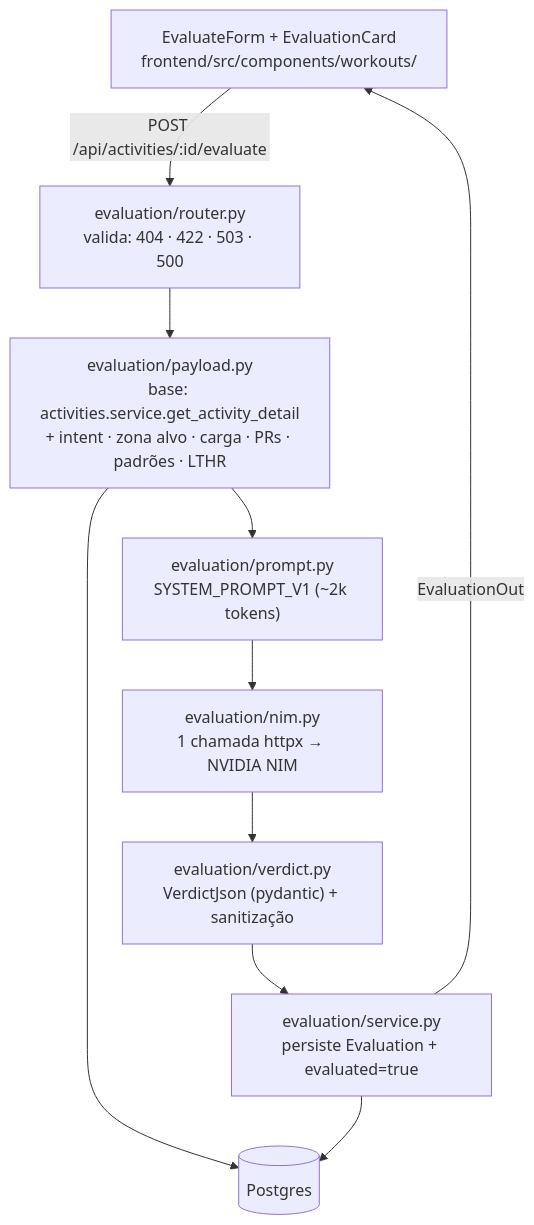
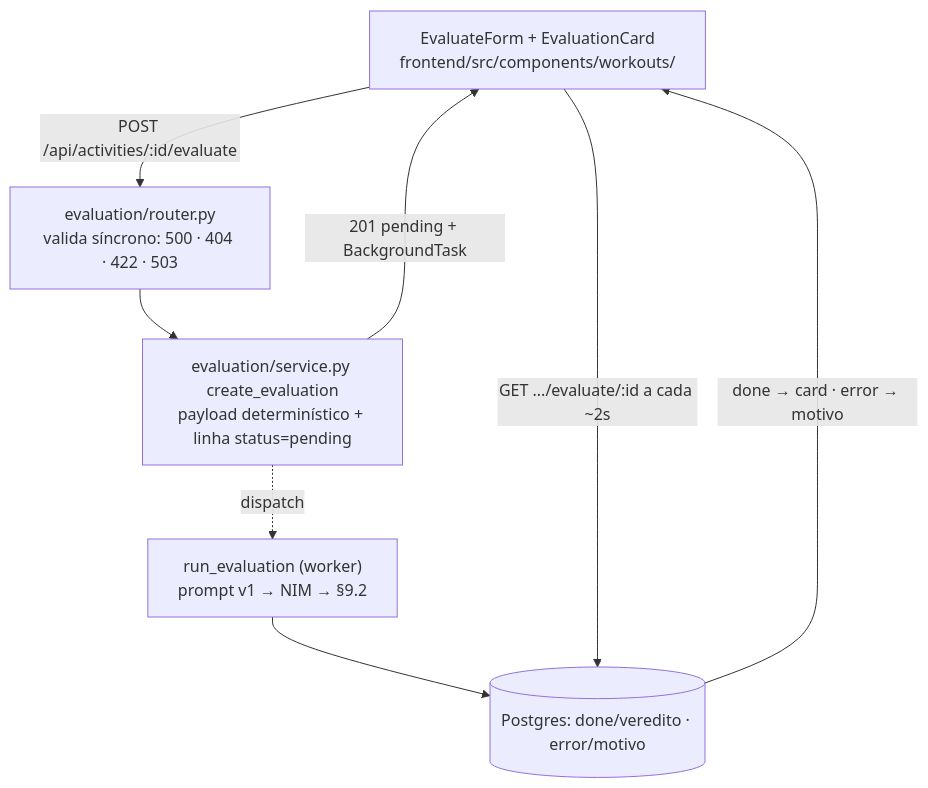
Before and after one commit to leonardocroda/ritmo: the diagram in .specs/features/ai-evaluation/design.md, drawn with Mermaid. The commit also changed other lines of this file and 2 other files, not shown here.

Commit message:
docs(specs): amend evaluation spec for async job flow

````diff
--- a/.specs/features/ai-evaluation/design.md
+++ b/.specs/features/ai-evaluation/design.md
@@ -19,12 +19,10 @@
 ```mermaid
 graph TD
-    UI[EvaluateForm + EvaluationCard<br/>frontend/src/components/workouts/] -->|POST /api/activities/:id/evaluate| R["evaluation/router.py<br/>valida: 404 · 422 · 503 · 500"]
-    R --> P["evaluation/payload.py<br/>base: activities.service.get_activity_detail<br/>+ intent · zona alvo · carga · PRs · padrões · LTHR"]
-    P --> PR["evaluation/prompt.py<br/>SYSTEM_PROMPT_V1 (~2k tokens)"]
-    PR --> N["evaluation/nim.py<br/>1 chamada httpx → NVIDIA NIM"]
-    N --> V["evaluation/verdict.py<br/>VerdictJson (pydantic) + sanitização"]
-    V --> S["evaluation/service.py<br/>persiste Evaluation + evaluated=true"]
-    S -->|EvaluationOut| UI
-    P --> DB[(Postgres)]
-    S --> DB
+    UI[EvaluateForm + EvaluationCard<br/>frontend/src/components/workouts/] -->|POST /api/activities/:id/evaluate| R["evaluation/router.py<br/>valida síncrono: 500 · 404 · 422 · 503"]
+    R --> P["evaluation/service.py create_evaluation<br/>payload determinístico + linha status=pending"]
+    P -->|201 pending + BackgroundTask| UI
+    P -.->|dispatch| W["run_evaluation (worker)<br/>prompt v1 → NIM → §9.2"]
+    W --> DB[(Postgres: done/veredito · error/motivo)]
+    UI -->|GET .../evaluate/:id a cada ~2s| DB
+    DB -->|done → card · error → motivo| UI
 ```
````
